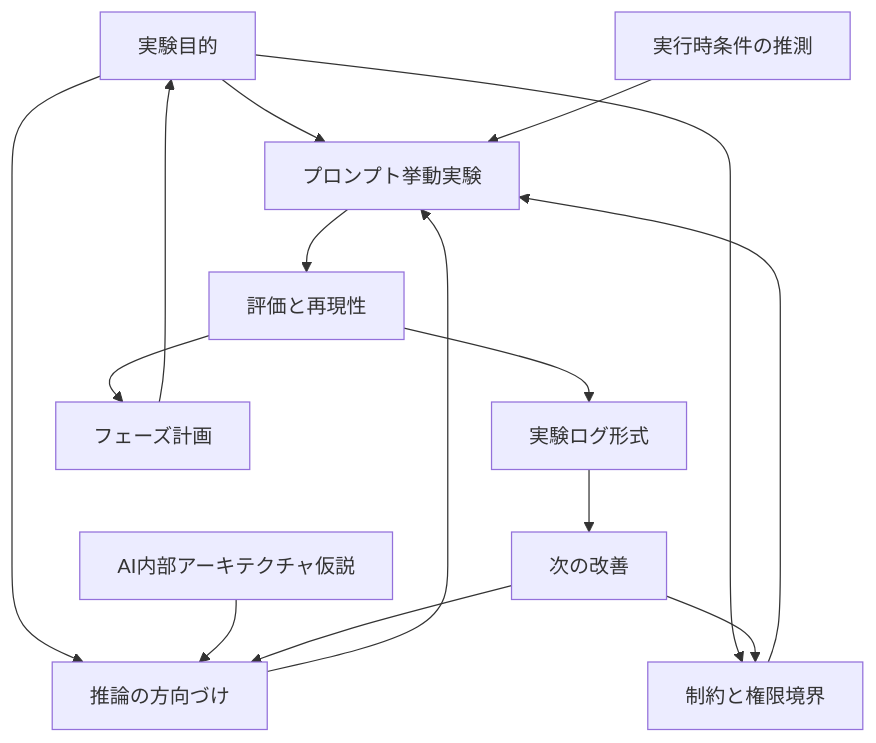
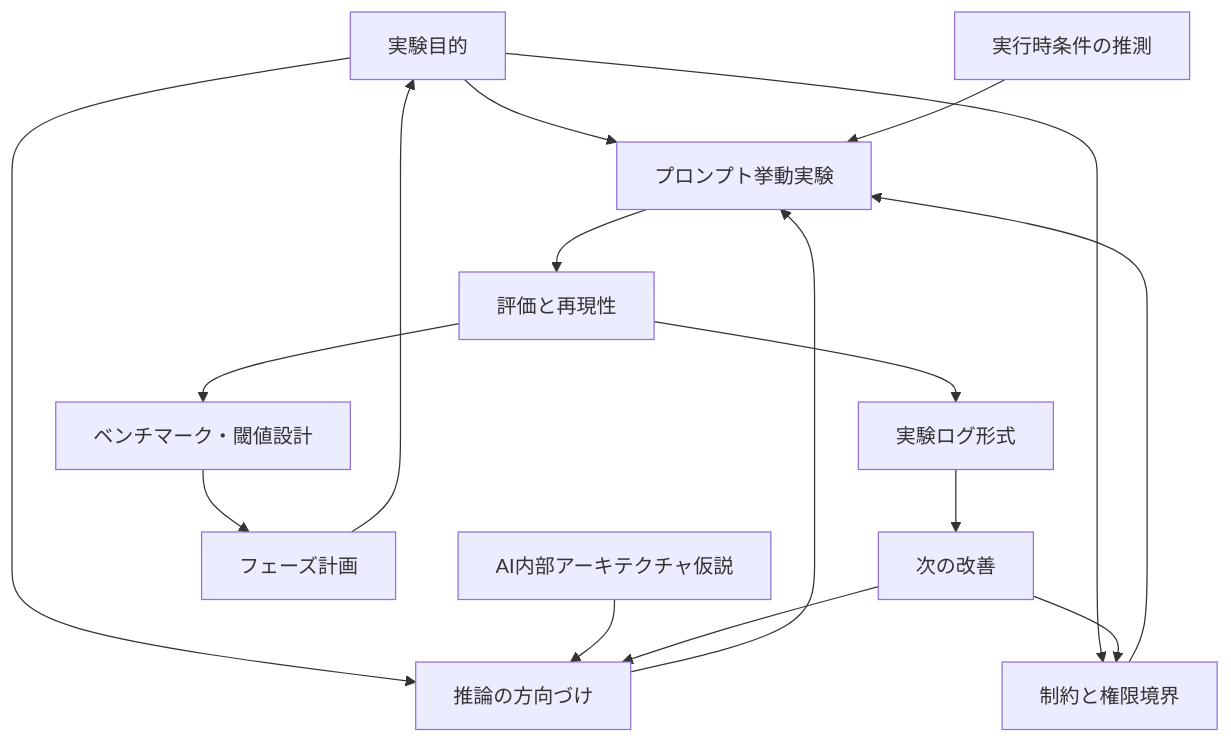
One commit to schro-cat-dev/torisetsu changed the diagram in internal_refs/ai_experiment_scopes/README.md. Above: the diagram before and after it, drawn with Mermaid. The commit also changed other lines of this file and 13 other files, not shown here.

````diff
--- a/internal_refs/ai_experiment_scopes/README.md
+++ b/internal_refs/ai_experiment_scopes/README.md
@@ -24,19 +25,20 @@
 ```mermaid
 flowchart TD
   Goal["実験目的"] --> Prompt["プロンプト挙動実験"]
   Goal --> Direction["推論の方向づけ"]
   Goal --> Constraint["制約と権限境界"]
 
   Runtime["実行時条件の推測"] --> Prompt
   Direction --> Prompt
   Constraint --> Prompt
   Architecture["AI内部アーキテクチャ仮説"] --> Direction
 
   Prompt --> Evaluation["評価と再現性"]
+  Evaluation --> Benchmark["ベンチマーク・閾値設計"]
+  Benchmark --> Phase["フェーズ計画"]
   Evaluation --> Log["実験ログ形式"]
   Log --> Next["次の改善"]
   Phase["フェーズ計画"] --> Goal
-  Evaluation --> Phase
   Next --> Direction
   Next --> Constraint
 ```
````
